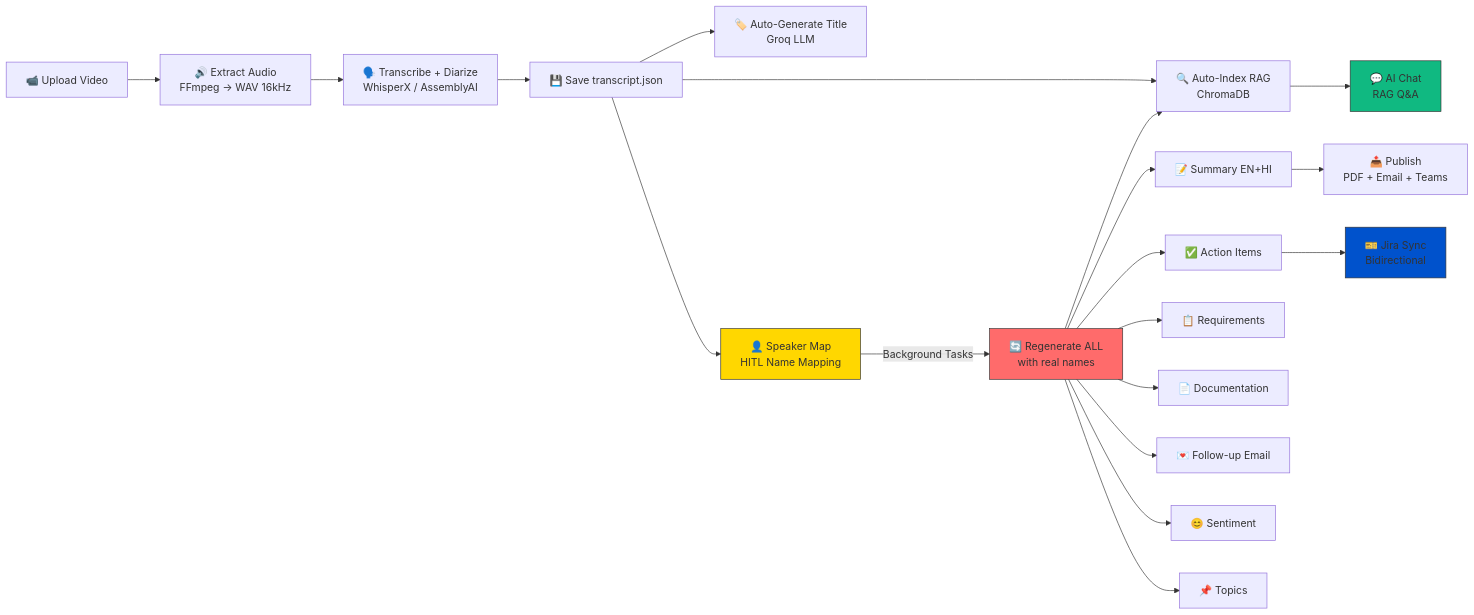
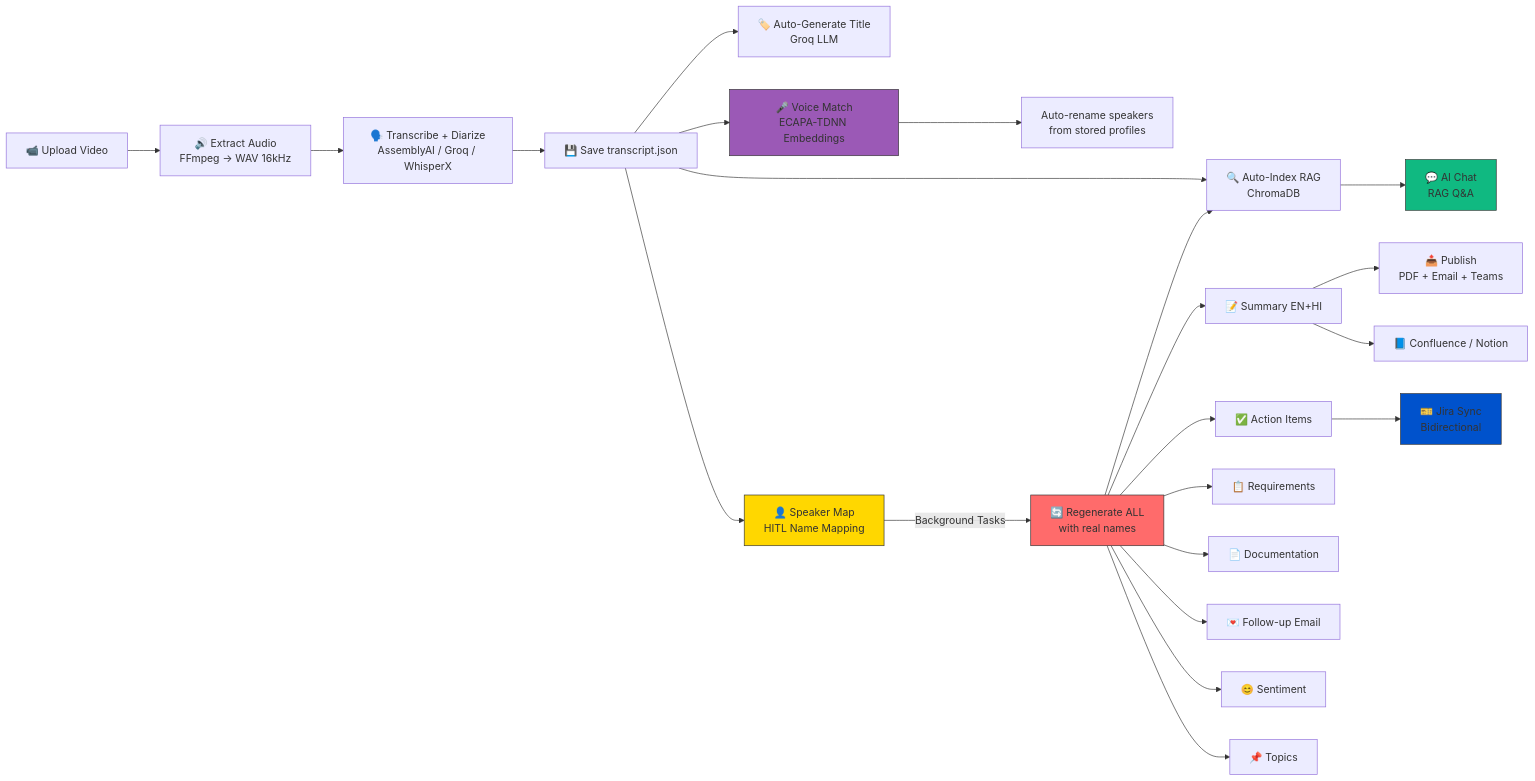
Before and after one commit to pawanuikey06/ContextIQ: the second of 14 diagrams in docs/architecture.md, drawn with Mermaid. The commit also changed other lines of this file, not shown here.

Commit message:
architectures updated

````diff
--- a/docs/architecture.md
+++ b/docs/architecture.md
@@ -70,30 +76,35 @@
 ```mermaid
 flowchart LR
     A["📹 Upload Video"] --> B["🔊 Extract Audio<br/>FFmpeg → WAV 16kHz"]
-    B --> C["🗣️ Transcribe + Diarize<br/>WhisperX / AssemblyAI"]
+    B --> C["🗣️ Transcribe + Diarize<br/>AssemblyAI / Groq / WhisperX"]
     C --> D["💾 Save transcript.json"]
     D --> E["🏷️ Auto-Generate Title<br/>Groq LLM"]
 
     D --> F["🔍 Auto-Index RAG<br/>ChromaDB"]
+
+    D --> V["🎤 Voice Match<br/>ECAPA-TDNN Embeddings"]
+    V --> V2["Auto-rename speakers<br/>from stored profiles"]
 
     D --> G["👤 Speaker Map<br/>HITL Name Mapping"]
     G -->|"Background Tasks"| H["🔄 Regenerate ALL<br/>with real names"]
 
     H --> I["📝 Summary EN+HI"]
     H --> J["✅ Action Items"]
     H --> K["📋 Requirements"]
     H --> L["📄 Documentation"]
     H --> M["💌 Follow-up Email"]
     H --> N["😊 Sentiment"]
     H --> O["📌 Topics"]
     H --> F
 
     J --> P["🎫 Jira Sync<br/>Bidirectional"]
     I --> Q["📤 Publish<br/>PDF + Email + Teams"]
     F --> R["💬 AI Chat<br/>RAG Q&A"]
+    I --> S["📘 Confluence / Notion"]
 
     style G fill:#ffd700,stroke:#333
     style H fill:#ff6b6b,stroke:#333
     style P fill:#0052CC,stroke:#333
     style R fill:#10b981,stroke:#333
+    style V fill:#9b59b6,stroke:#333
 ```
````
